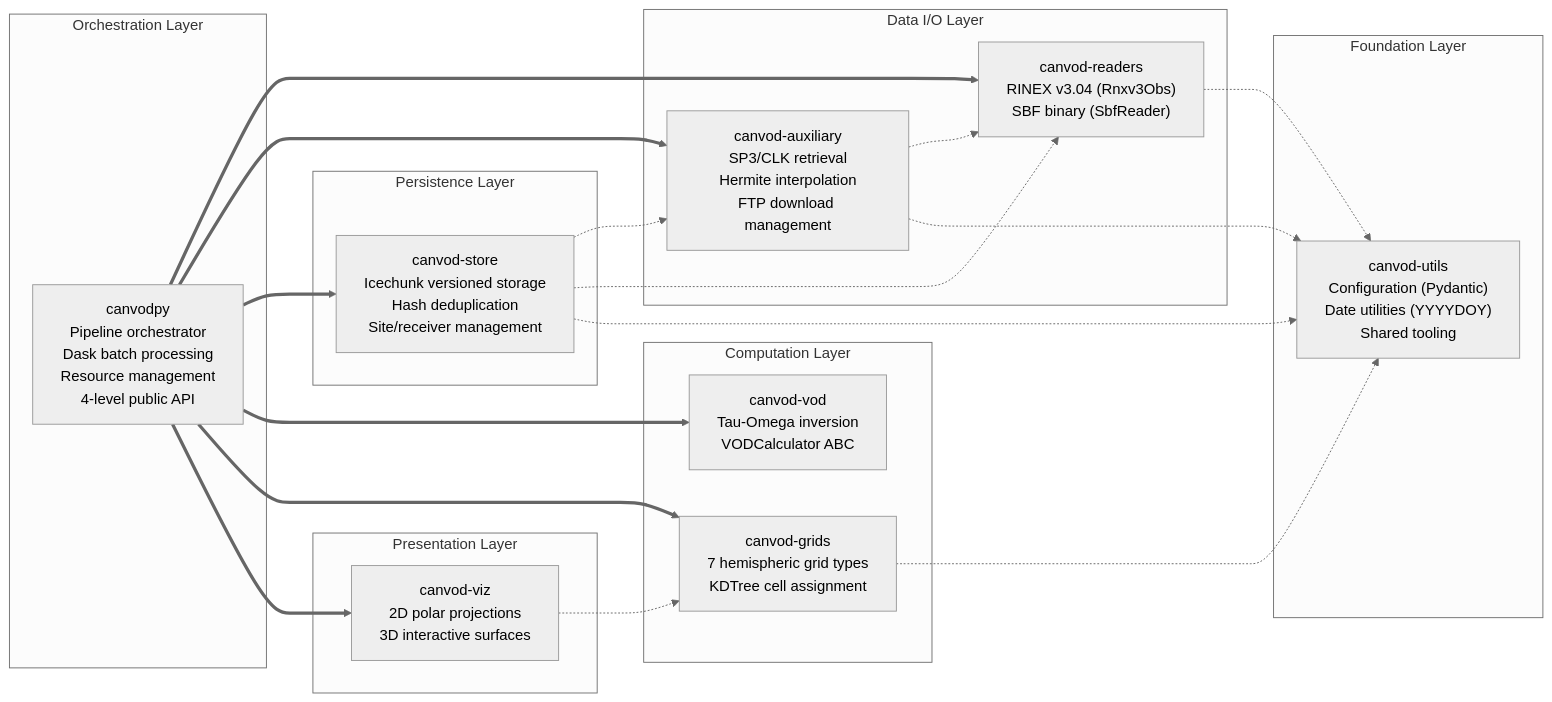
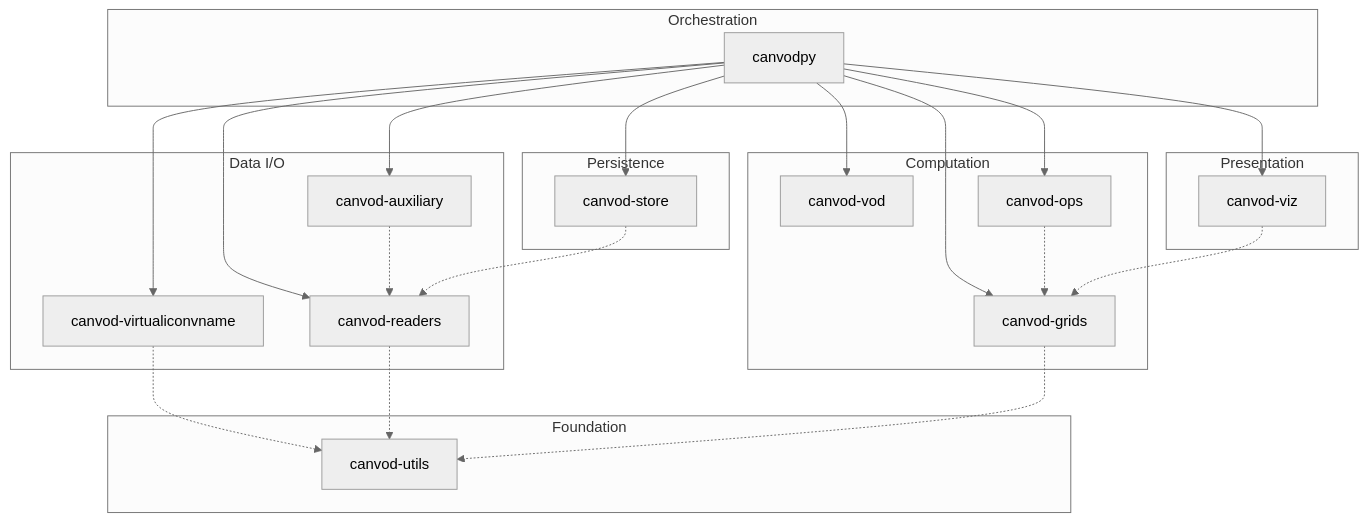
The first of 2 diagrams in docs/architecture.md (konstantinschellenberg/canvodpy), drawn with Mermaid (neutral theme) before and after one commit. The commit also changed other lines of this file and 38 other files, not shown here.

First line of the commit message:
docs: add canvod-ops and canvod-virtualiconvname pages, configuration guide, Dask guide

````diff
--- a/docs/architecture.md
+++ b/docs/architecture.md
@@ -16,44 +16,42 @@
 ```mermaid
-graph LR
-    subgraph FOUNDATION["Foundation Layer"]
-        UTILS["canvod-utils\nConfiguration (Pydantic)\nDate utilities (YYYYDOY)\nShared tooling"]
+graph TD
+    subgraph ORCHESTRATION["Orchestration"]
+        CANVODPY["canvodpy"]
     end
 
-    subgraph DATAIO["Data I/O Layer"]
-        READERS["canvod-readers\nRINEX v3.04 (Rnxv3Obs)\nSBF binary (SbfReader)"]
-        AUX["canvod-auxiliary\nSP3/CLK retrieval\nHermite interpolation\nFTP download management"]
+    subgraph COMPUTE["Computation"]
+        VOD["canvod-vod"]
+        GRIDS["canvod-grids"]
+        OPS["canvod-ops"]
     end
 
-    subgraph STORE_LAYER["Persistence Layer"]
-        STORE["canvod-store\nIcechunk versioned storage\nHash deduplication\nSite/receiver management"]
+    subgraph STORE_LAYER["Persistence"]
+        STORE["canvod-store"]
     end
 
-    subgraph COMPUTE["Computation Layer"]
-        VOD["canvod-vod\nTau-Omega inversion\nVODCalculator ABC"]
-        GRIDS["canvod-grids\n7 hemispheric grid types\nKDTree cell assignment"]
+    subgraph DATAIO["Data I/O"]
+        READERS["canvod-readers"]
+        AUX["canvod-auxiliary"]
+        NAMING["canvod-virtualiconvname"]
     end
 
-    subgraph PRESENT["Presentation Layer"]
-        VIZ["canvod-viz\n2D polar projections\n3D interactive surfaces"]
+    subgraph PRESENT["Presentation"]
+        VIZ["canvod-viz"]
     end
 
-    subgraph ORCHESTRATION["Orchestration Layer"]
-        CANVODPY["canvodpy\nPipeline orchestrator\nDask batch processing\nResource management\n4-level public API"]
+    subgraph FOUNDATION["Foundation"]
+        UTILS["canvod-utils"]
     end
 
+    CANVODPY --> READERS & AUX & NAMING
+    CANVODPY --> STORE
+    CANVODPY --> VOD & GRIDS & OPS & VIZ
+
+    OPS -.-> GRIDS
+    VIZ -.-> GRIDS
+    AUX -.-> READERS
+    STORE -.-> READERS
+    NAMING -.-> UTILS
     READERS -.-> UTILS
-    AUX -.-> READERS
-    AUX -.-> UTILS
-    STORE -.-> AUX
-    STORE -.-> READERS
-    STORE -.-> UTILS
     GRIDS -.-> UTILS
-    VIZ -.-> GRIDS
-
-    CANVODPY ==> READERS
-    CANVODPY ==> AUX
-    CANVODPY ==> STORE
-    CANVODPY ==> VOD
-    CANVODPY ==> GRIDS
-    CANVODPY ==> VIZ
 ```
````
